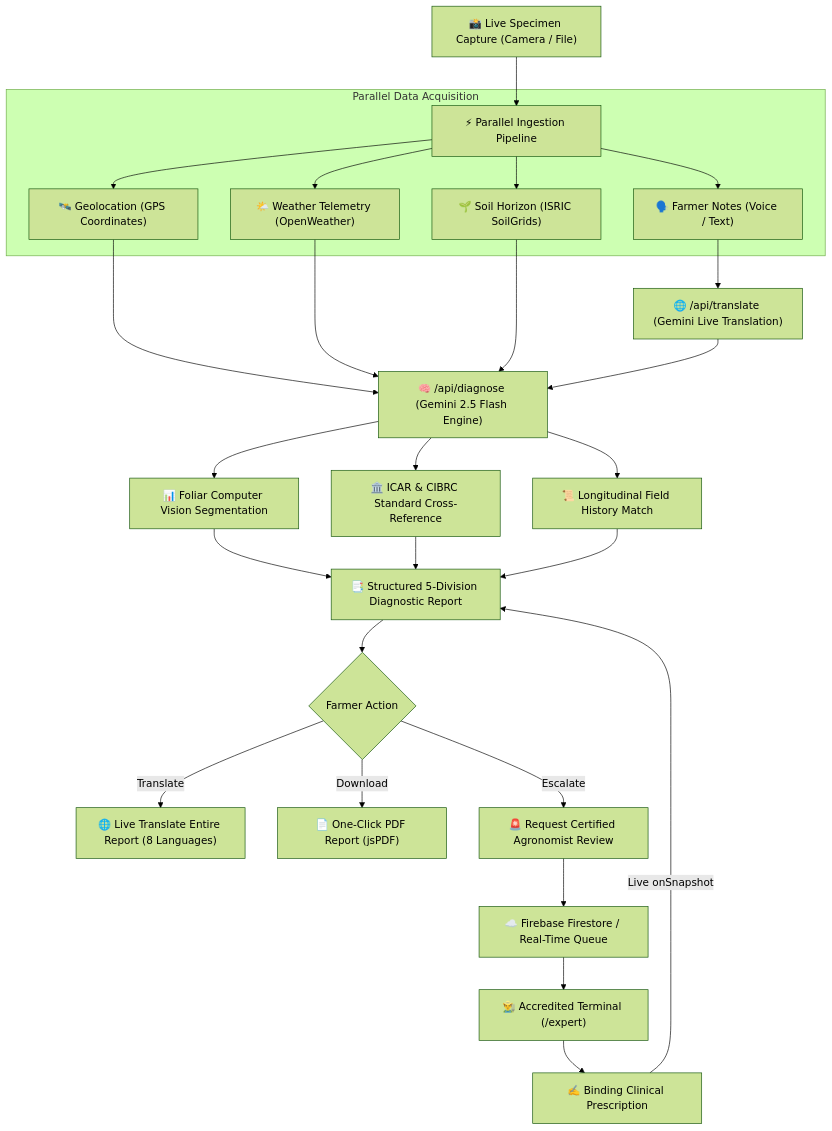
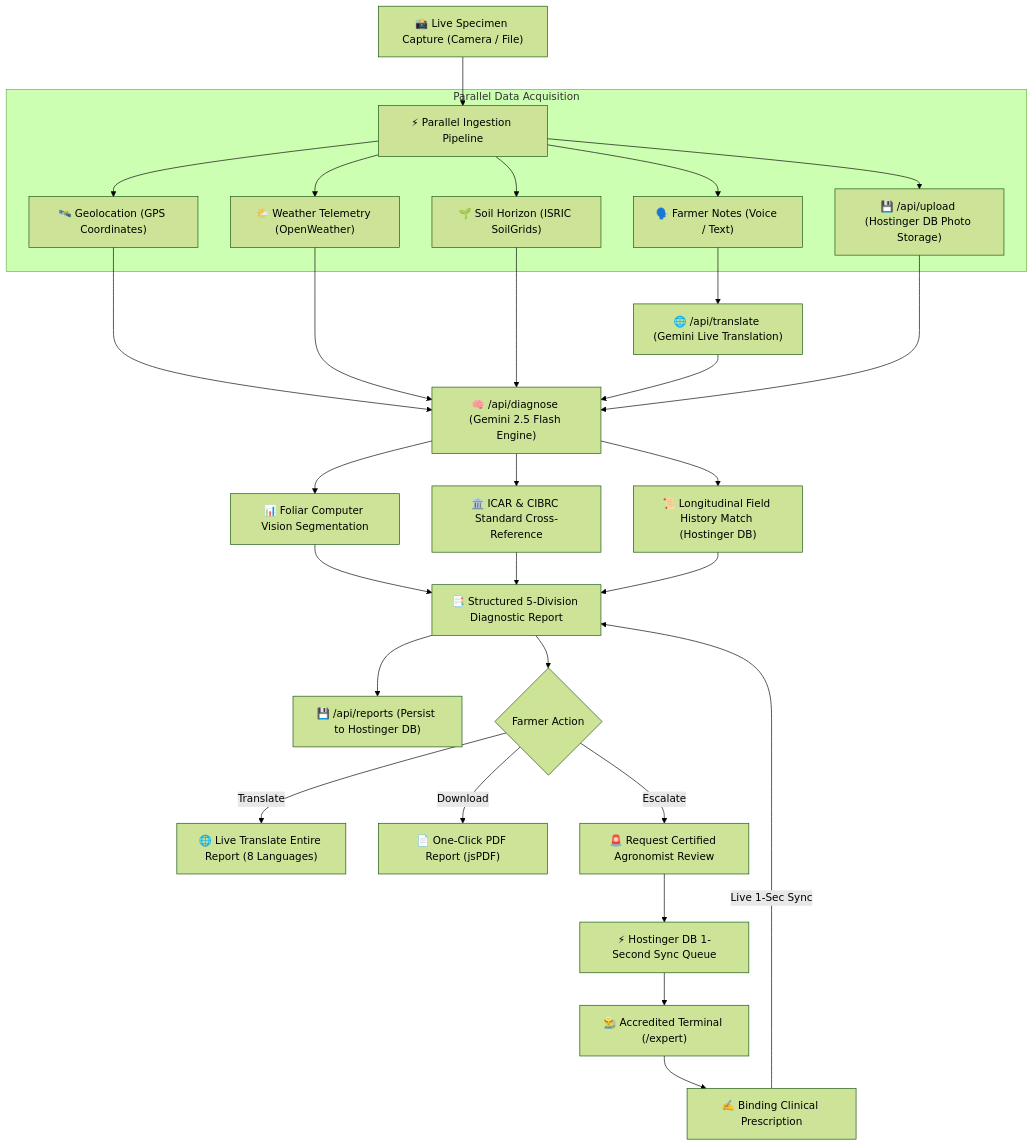
The diagram in README.md (soumith-64/Cultio), drawn with Mermaid (forest theme) before and after one commit. The commit also changed other lines of this file and 1 other file, not shown here.

Commit message:
docs: comprehensive README update with Hostinger DB and photo storage architecture

````diff
--- a/README.md
+++ b/README.md
@@ -166,31 +186,34 @@
 ```mermaid
 flowchart TD
     A["📸 Live Specimen Capture (Camera / File)"] --> B["⚡ Parallel Ingestion Pipeline"]
     
     subgraph Ingestion["Parallel Data Acquisition"]
         B --> C["🛰️ Geolocation (GPS Coordinates)"]
         B --> D["🌤️ Weather Telemetry (OpenWeather)"]
         B --> E["🌱 Soil Horizon (ISRIC SoilGrids)"]
         B --> F["🗣️ Farmer Notes (Voice / Text)"]
+        B --> U["💾 /api/upload (Hostinger DB Photo Storage)"]
     end
     
     F --> G["🌐 /api/translate (Gemini Live Translation)"]
     
-    C & D & E & G --> H["🧠 /api/diagnose (Gemini 2.5 Flash Engine)"]
+    C & D & E & G & U --> H["🧠 /api/diagnose (Gemini 2.5 Flash Engine)"]
     
     H --> I["📊 Foliar Computer Vision Segmentation"]
     H --> J["🏛️ ICAR & CIBRC Standard Cross-Reference"]
-    H --> K["📜 Longitudinal Field History Match"]
+    H --> K["📜 Longitudinal Field History Match (Hostinger DB)"]
     
     I & J & K --> L["📑 Structured 5-Division Diagnostic Report"]
+    
+    L --> S["💾 /api/reports (Persist to Hostinger DB)"]
     
     L --> M{"Farmer Action"}
     M -->|Translate| T["🌐 Live Translate Entire Report (8 Languages)"]
     M -->|Download| N["📄 One-Click PDF Report (jsPDF)"]
     M -->|Escalate| O["🚨 Request Certified Agronomist Review"]
     
-    O --> P["☁️ Firebase Firestore / Real-Time Queue"]
+    O --> P["⚡ Hostinger DB 1-Second Sync Queue"]
     P --> Q["👨‍🌾 Accredited Terminal (/expert)"]
     Q --> R["✍️ Binding Clinical Prescription"]
-    R -->|Live onSnapshot| L
+    R -->|Live 1-Sec Sync| L
 ```
````
